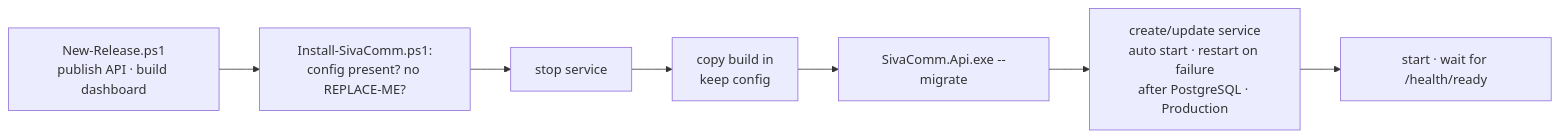
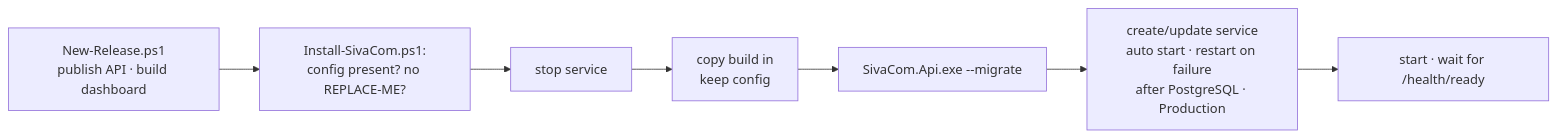
Before and after one commit to yugandharsimhadri/SivaComm: the second of 2 diagrams in docs/DEPLOYMENT.md, drawn with Mermaid. The commit also changed other lines of this file and 127 other files, not shown here.

First line of the commit message:
Rename SivaComm to SivaCom everywhere except the database user

````diff
--- a/docs/DEPLOYMENT.md
+++ b/docs/DEPLOYMENT.md
@@ -251,9 +251,9 @@
 ```mermaid
 flowchart LR
-    R[New-Release.ps1<br/>publish API · build dashboard] --> A[Install-SivaComm.ps1:<br/>config present? no REPLACE-ME?]
+    R[New-Release.ps1<br/>publish API · build dashboard] --> A[Install-SivaCom.ps1:<br/>config present? no REPLACE-ME?]
     A --> D[stop service]
     D --> E[copy build in<br/>keep config]
-    E --> F[SivaComm.Api.exe --migrate]
+    E --> F[SivaCom.Api.exe --migrate]
     F --> G[create/update service<br/>auto start · restart on failure<br/>after PostgreSQL · Production]
     G --> H[start · wait for /health/ready]
 ```
````
